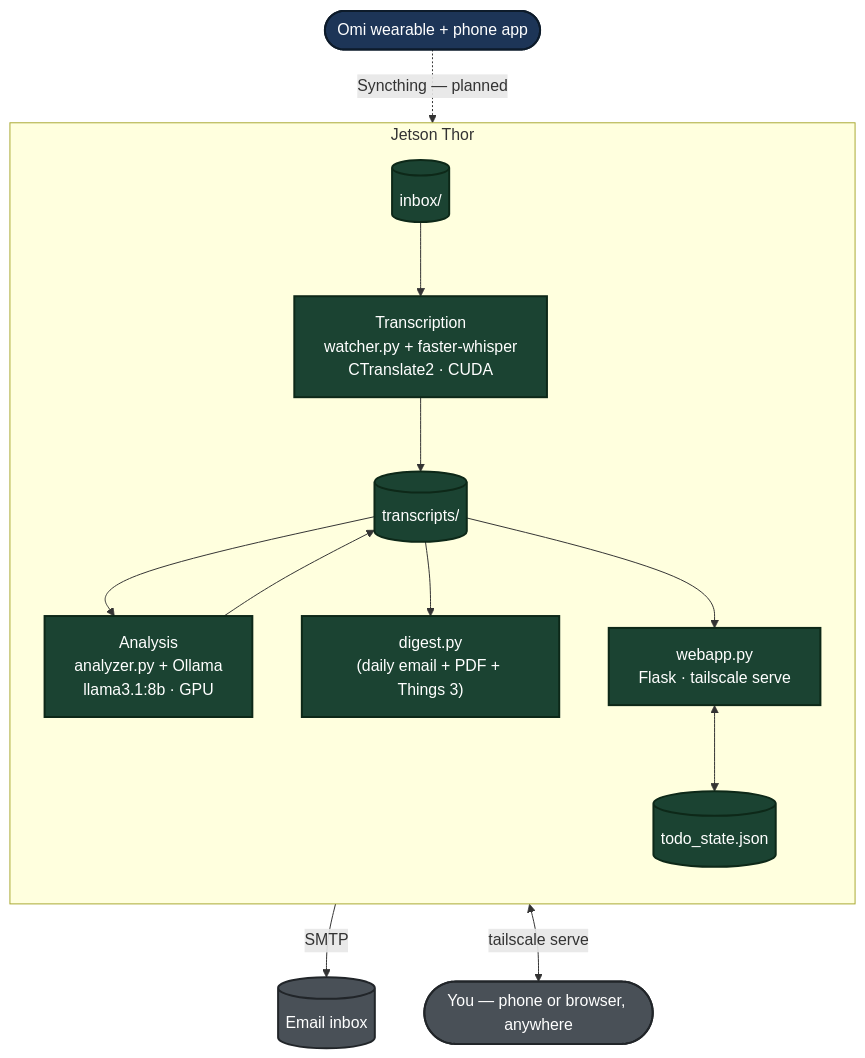
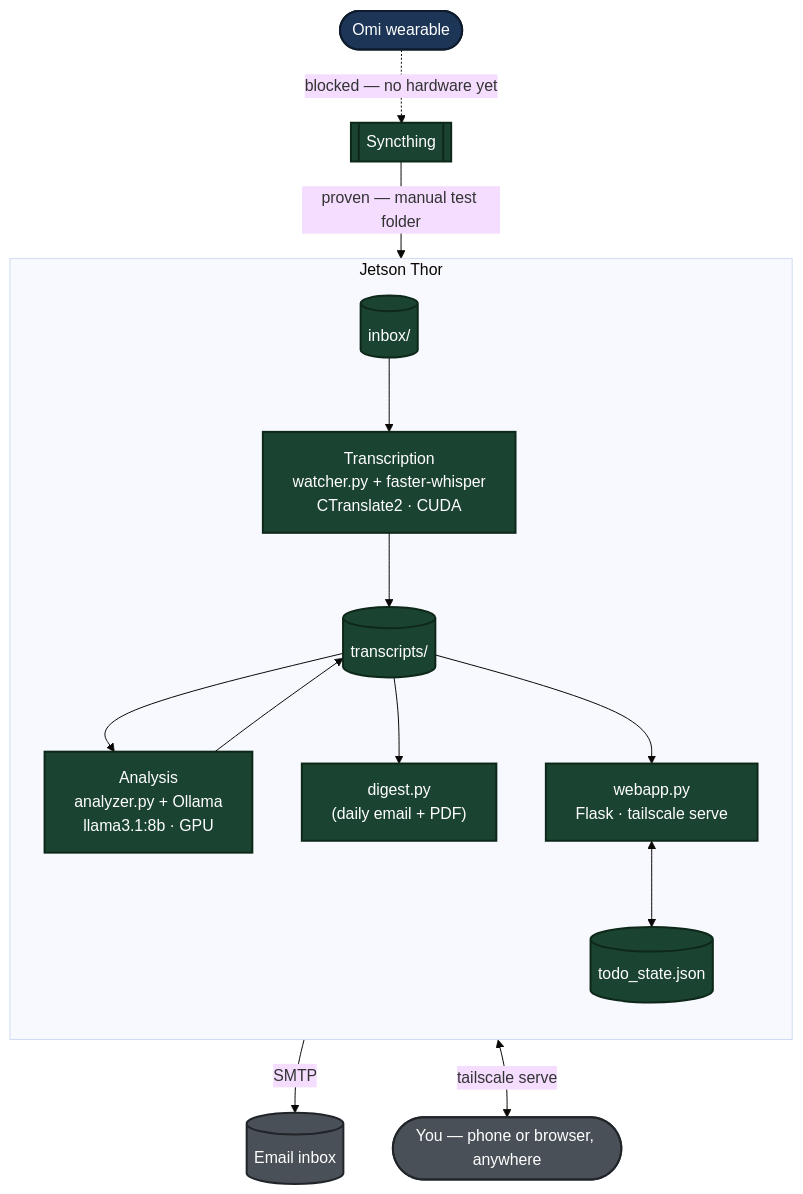
The diagram in README.md (sneakysquid-git/locus-tether), drawn with Mermaid before and after one commit. The commit also changed other lines of this file and 1 other file, not shown here.

Commit message:
README overhaul: TOC, glossary, iOS Syncthing plan, hardware/limitations sections, remove stale Things 3 references

````diff
--- a/README.md
+++ b/README.md
@@ -76,38 +123,41 @@
 ```mermaid
+%%{init: {'theme': 'base', 'themeVariables': { 'background': '#f6f8fa' }}}%%
 flowchart TB
-    Omi(["Omi wearable + phone app"])
+    Omi(["Omi wearable"])
+    Sync[["Syncthing"]]
 
     subgraph Thor["Jetson Thor"]
         direction TB
         Inbox[("inbox/")]
         Transcribe["Transcription<br/>watcher.py + faster-whisper<br/>CTranslate2 · CUDA"]
         Transcripts[("transcripts/")]
         Analysis["Analysis<br/>analyzer.py + Ollama<br/>llama3.1:8b · GPU"]
-        Digest["digest.py<br/>(daily email + PDF + Things 3)"]
+        Digest["digest.py<br/>(daily email + PDF)"]
         Webapp["webapp.py<br/>Flask · tailscale serve"]
         TodoState[("todo_state.json")]
 
         Inbox --> Transcribe
         Transcribe --> Transcripts
         Transcripts --> Analysis
         Analysis --> Transcripts
         Transcripts --> Digest
         Transcripts --> Webapp
         Webapp <--> TodoState
     end
 
     EmailInbox[("Email inbox")]
     You(["You — phone or browser, anywhere"])
 
-    Omi -.->|"Syncthing — planned"| Thor
+    Omi -.->|"blocked — no hardware yet"| Sync
+    Sync -->|"proven — manual test folder"| Inbox
     Thor -->|SMTP| EmailInbox
     Thor <-->|"tailscale serve"| You
 
     classDef done fill:#1b4332,stroke:#0d2818,color:#ffffff,stroke-width:2px
     classDef planned fill:#1d3557,stroke:#0d1b2a,color:#ffffff,stroke-width:2px
     classDef extern fill:#495057,stroke:#212529,color:#ffffff,stroke-width:2px
 
     class Omi planned
-    class Inbox,Transcribe,Transcripts,Analysis,Digest,Webapp,TodoState done
+    class Sync,Inbox,Transcribe,Transcripts,Analysis,Digest,Webapp,TodoState done
     class You,EmailInbox extern
 ```
````
